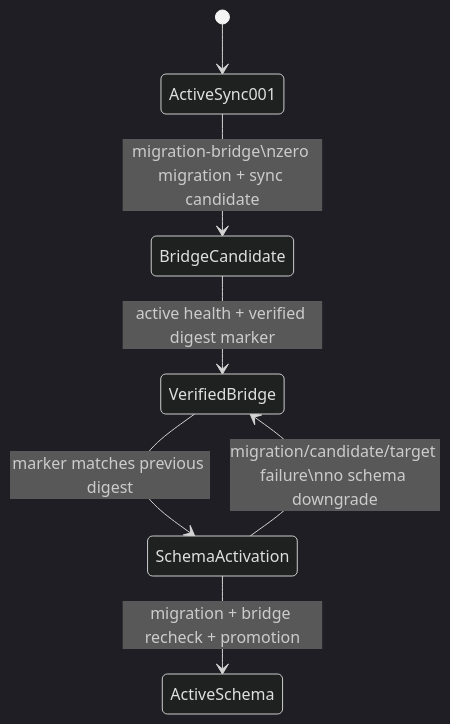
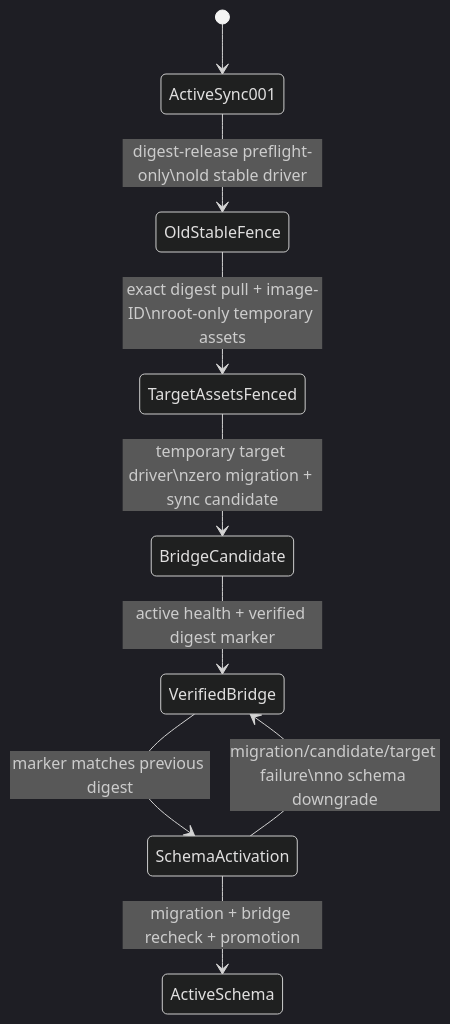
Before and after one commit to ChaoMing0815/AWS-cloud-lab: the second of 2 diagrams in docs/architecture/tier3-delivery-foundation.md, drawn with Mermaid (dark theme). The commit also changed other lines of this file and 2 other files, not shown here.

Commit message:
docs: record migration bridge bootstrap compatibility validation

````diff
--- a/docs/architecture/tier3-delivery-foundation.md
+++ b/docs/architecture/tier3-delivery-foundation.md
@@ -46,9 +46,11 @@
 ```mermaid
 stateDiagram-v2
     [*] --> ActiveSync001
-    ActiveSync001 --> BridgeCandidate: migration-bridge\nzero migration + sync candidate
+    ActiveSync001 --> OldStableFence: digest-release preflight-only\nold stable driver
+    OldStableFence --> TargetAssetsFenced: exact digest pull + image-ID\nroot-only temporary assets
+    TargetAssetsFenced --> BridgeCandidate: temporary target driver\nzero migration + sync candidate
     BridgeCandidate --> VerifiedBridge: active health + verified digest marker
     VerifiedBridge --> SchemaActivation: marker matches previous digest
     SchemaActivation --> VerifiedBridge: migration/candidate/target failure\nno schema downgrade
     SchemaActivation --> ActiveSchema: migration + bridge recheck + promotion
 ```
````
